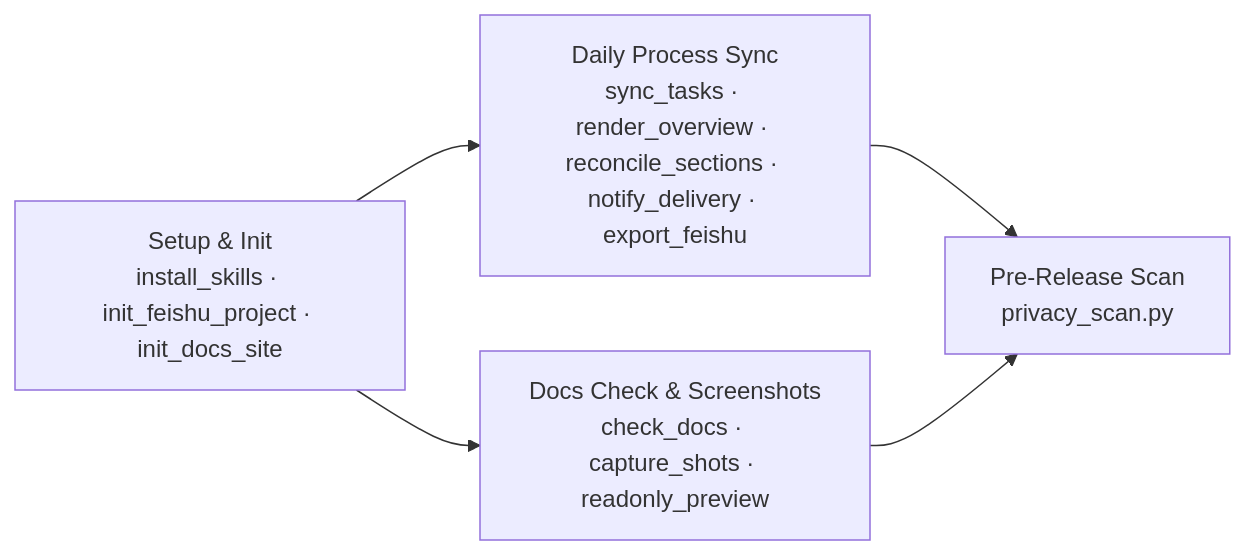
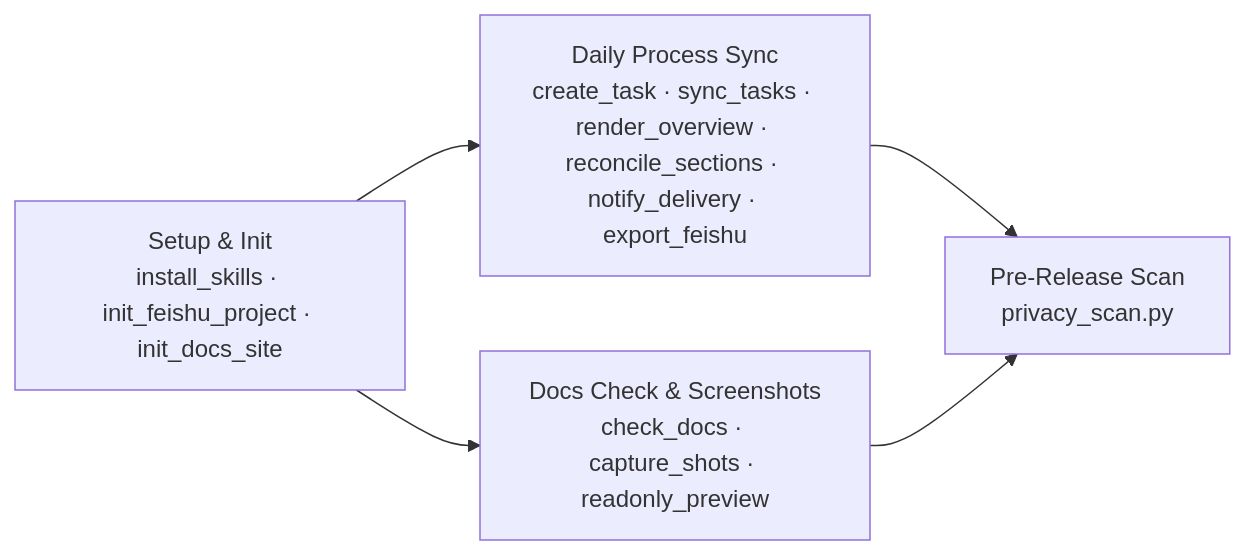
The diagram in site/en/reference/cli-scripts.md (NJU-SOARLAB/soar-devflow), drawn with Mermaid before and after one commit. The commit also changed other lines of this file and 19 other files, not shown here.

Commit message:
feat: add create_task.py, harden auto-triggering, task ID parsing, locks, and Wiki URL order

````diff
--- a/site/en/reference/cli-scripts.md
+++ b/site/en/reference/cli-scripts.md
@@ -10,10 +10,10 @@
 ```mermaid
 flowchart LR
   Setup["Setup &amp; Init<br/>install_skills · init_feishu_project · init_docs_site"]
-  Tasks["Daily Process Sync<br/>sync_tasks · render_overview · reconcile_sections · notify_delivery · export_feishu"]
+  Tasks["Daily Process Sync<br/>create_task · sync_tasks · render_overview · reconcile_sections · notify_delivery · export_feishu"]
   Docs["Docs Check &amp; Screenshots<br/>check_docs · capture_shots · readonly_preview"]
   Scan["Pre-Release Scan<br/>privacy_scan.py"]
 
   Setup --> Tasks & Docs
   Tasks & Docs --> Scan
 ```
````
